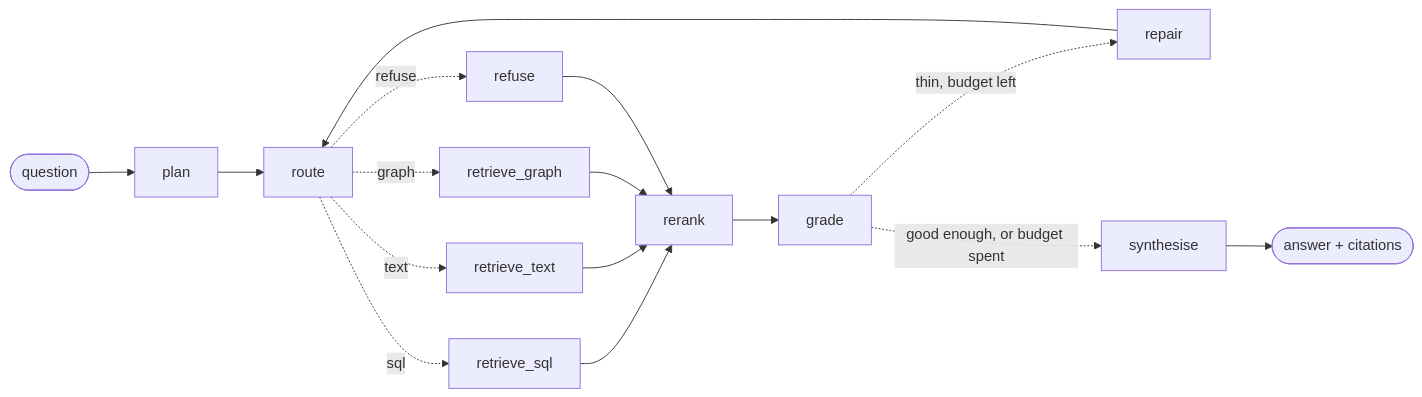
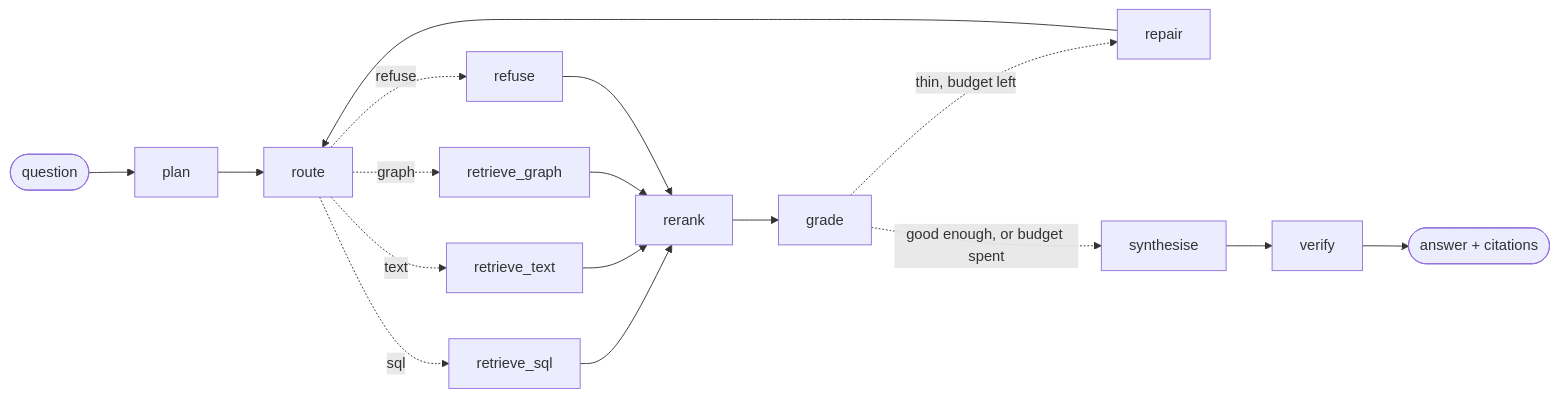
Before and after one commit to usamahassan965/filing-room: the diagram in README.md, drawn with Mermaid. The commit also changed other lines of this file and 29 other files, not shown here.

````diff
--- a/README.md
+++ b/README.md
@@ -497,18 +503,19 @@
 ```mermaid
 flowchart LR
     start([question]) --> plan
     plan --> route
     route -. sql .-> retrieve_sql
     route -. text .-> retrieve_text
     route -. graph .-> retrieve_graph
     route -. refuse .-> refuse
     retrieve_sql --> rerank
     retrieve_text --> rerank
     retrieve_graph --> rerank
     refuse --> rerank
     rerank --> grade
     grade -. thin, budget left .-> repair
     repair --> route
     grade -. good enough, or budget spent .-> synthesise
-    synthesise --> done([answer + citations])
+    synthesise --> verify
+    verify --> done([answer + citations])
 ```
````
